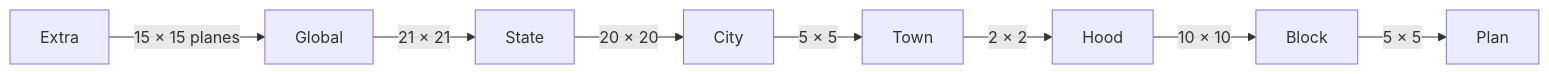
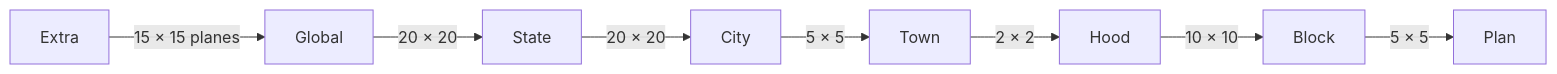
One commit to LL782/mundoko-maps changed the diagram in docs/architecture/domain-kernel.md. Above: the diagram before and after it, drawn with Mermaid. The commit also changed other lines of this file and 3 other files, not shown here.

````diff
--- a/docs/architecture/domain-kernel.md
+++ b/docs/architecture/domain-kernel.md
@@ -90,10 +84,10 @@
 ```mermaid
 flowchart LR
     Extra -->|"15 × 15 planes"| Global
-    Global -->|"21 × 21"| State
+    Global -->|"20 × 20"| State
     State -->|"20 × 20"| City
     City -->|"5 × 5"| Town
     Town -->|"2 × 2"| Hood
     Hood -->|"10 × 10"| Block
     Block -->|"5 × 5"| Plan
 ```
````
